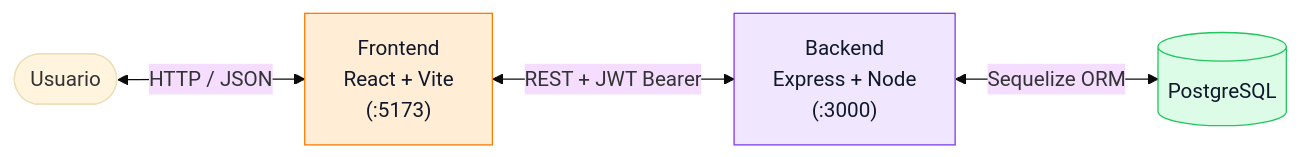
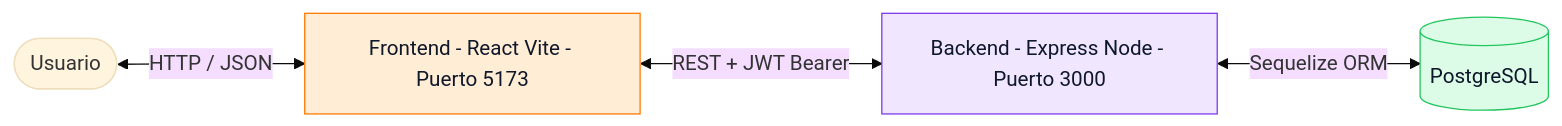
The first of 4 diagrams in README.md (JesusGG2109/ticket-generator), drawn with Mermaid (base theme) before and after one commit. The commit also changed other lines of this file, not shown here.

````diff
--- a/README.md
+++ b/README.md
@@ -131,15 +225,15 @@
 ```mermaid
 flowchart LR
     U(["Usuario"])
-    F["Frontend<br/>React + Vite<br/>(:5173)"]
-    B["Backend<br/>Express + Node<br/>(:3000)"]
+    F["Frontend - React Vite - Puerto 5173"]
+    B["Backend - Express Node - Puerto 3000"]
     DB[("PostgreSQL")]
 
     U <-->|HTTP / JSON| F
     F <-->|REST + JWT Bearer| B
     B <-->|Sequelize ORM| DB
 
     style F fill:#FFEDD5,stroke:#FF7A00,color:#0F172A
     style B fill:#F0E7FF,stroke:#7C3AED,color:#0F172A
     style DB fill:#DCFCE7,stroke:#22C55E,color:#0F172A
 ```
````
